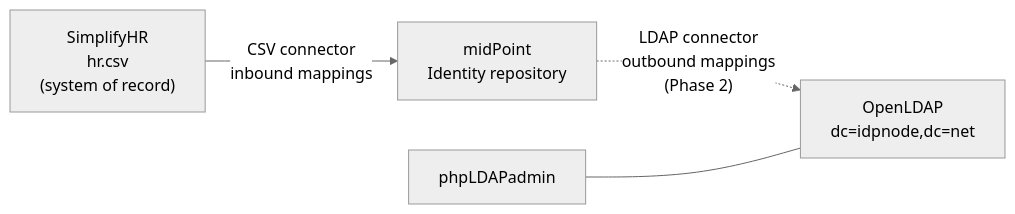
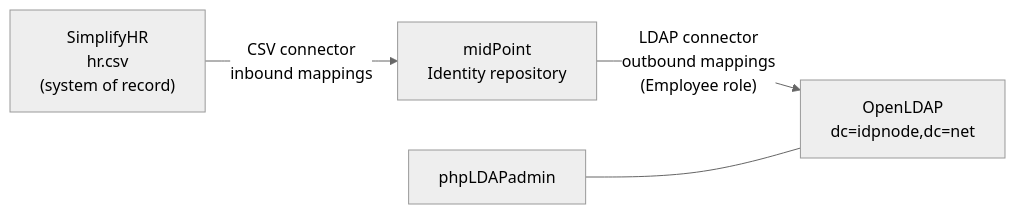
The diagram in midpoint-iam-lab/README.md (sowmy/iam-projects), drawn with Mermaid (neutral theme) before and after one commit. The commit also changed other lines of this file and 4 other files, not shown here.

````diff
--- a/midpoint-iam-lab/README.md
+++ b/midpoint-iam-lab/README.md
@@ -11,6 +11,6 @@
 ```mermaid
 flowchart LR
     HR["SimplifyHR<br/>hr.csv<br/>(system of record)"] -- "CSV connector<br/>inbound mappings" --> MP["midPoint<br/>Identity repository"]
-    MP -. "LDAP connector<br/>outbound mappings<br/>(Phase 2)" .-> LDAP["OpenLDAP<br/>dc=idpnode,dc=net"]
+    MP -- "LDAP connector<br/>outbound mappings<br/>(Employee role)" --> LDAP["OpenLDAP<br/>dc=idpnode,dc=net"]
     ADM["phpLDAPadmin"] --- LDAP
 ```
````
